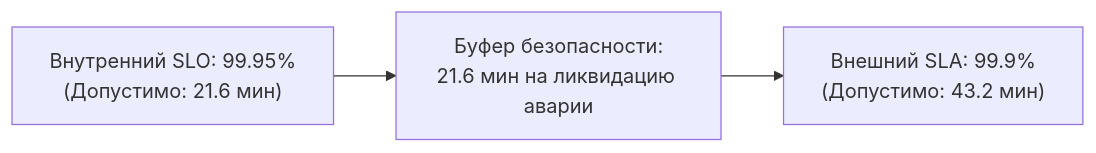
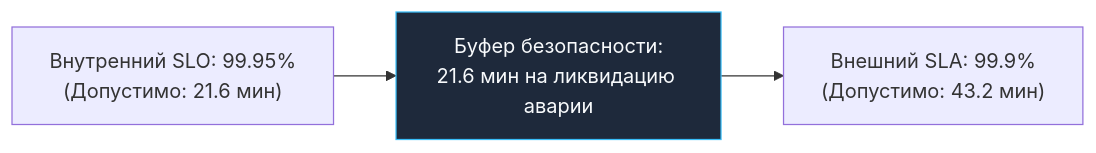
The fourth of 4 diagrams in sources/11. Архитектура и System Design/4. SLA, SLO, SLI и как они влияют на дизайн.md (UnrealTemplier/go-textbook), drawn with Mermaid before and after one commit. The commit also changed other lines of this file and 1666 other files, not shown here.

First line of the commit message:
feat(mermaid): add semantic color classDef to 1369 colorless flowchart/graph diagrams

````diff
--- a/sources/11. Архитектура и System Design/4. SLA, SLO, SLI и как они влияют на дизайн.md
+++ b/sources/11. Архитектура и System Design/4. SLA, SLO, SLI и как они влияют на дизайн.md
@@ -378,8 +398,18 @@
 ```mermaid
 flowchart LR
+    classDef process  fill:#1e293b,stroke:#38bdf8,stroke-width:1px,color:#f8fafc
+    classDef success  fill:#064e3b,stroke:#34d399,stroke-width:1px,color:#f8fafc
+    classDef error    fill:#7f1d1d,stroke:#f87171,stroke-width:1px,color:#f8fafc
+    classDef warning  fill:#78350f,stroke:#fbbf24,stroke-width:1px,color:#f8fafc
+    classDef entry    fill:#1e3a5f,stroke:#38bdf8,stroke-width:2px,color:#f8fafc
+    classDef aux      fill:#334155,stroke:#64748b,stroke-width:1px,color:#f8fafc
+    classDef system   fill:#312e81,stroke:#a78bfa,stroke-width:1px,color:#f8fafc
+    classDef data     fill:#132d29,stroke:#2dd4bf,stroke-width:1px,color:#f8fafc
+    classDef network  fill:#881337,stroke:#fb7185,stroke-width:1px,color:#f8fafc
+    classDef accent   fill:#1e1b4b,stroke:#818cf8,stroke-width:1px,color:#f8fafc
     SLA["Внешний SLA: 99.9%\n(Допустимо: 43.2 мин)"] 
     SLO["Внутренний SLO: 99.95%\n(Допустимо: 21.6 мин)"]
-    Buffer["Буфер безопасности:\n21.6 мин на ликвидацию аварии"]
+    Buffer["Буфер безопасности:\n21.6 мин на ликвидацию аварии"]:::process
 
     SLO --> Buffer --> SLA
 ```
````
